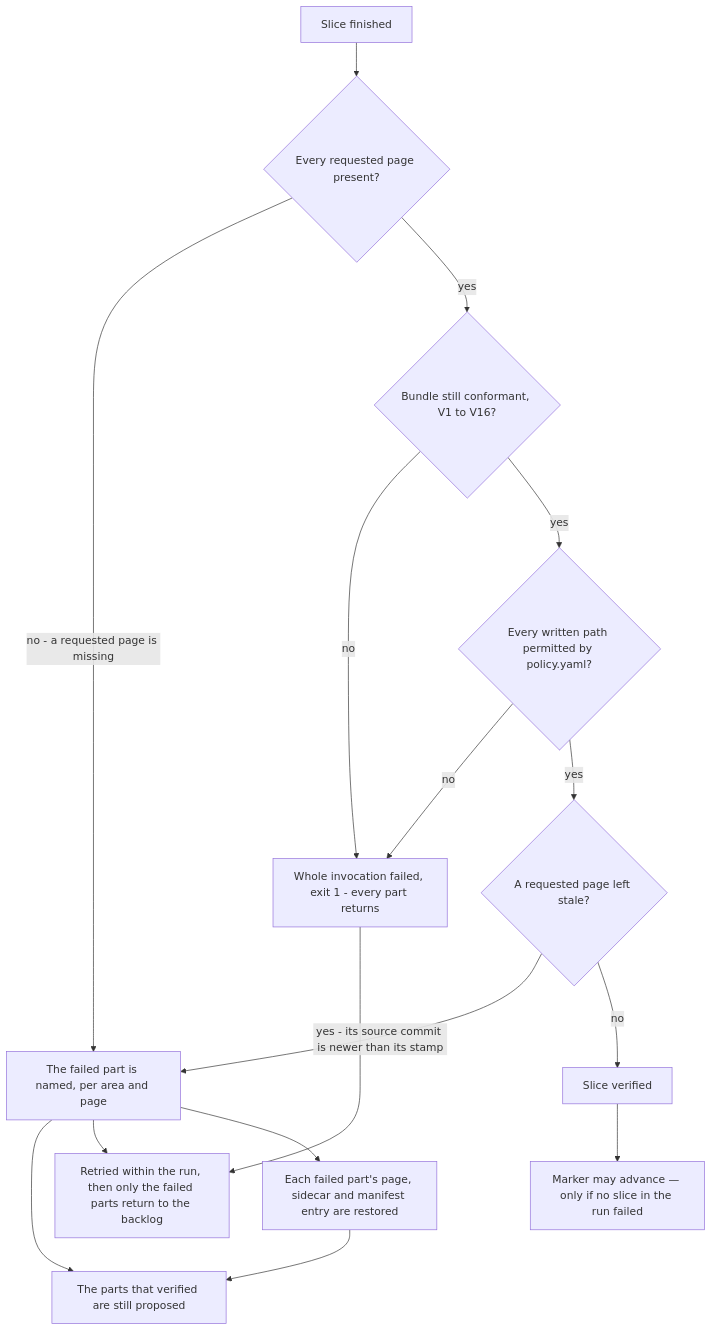
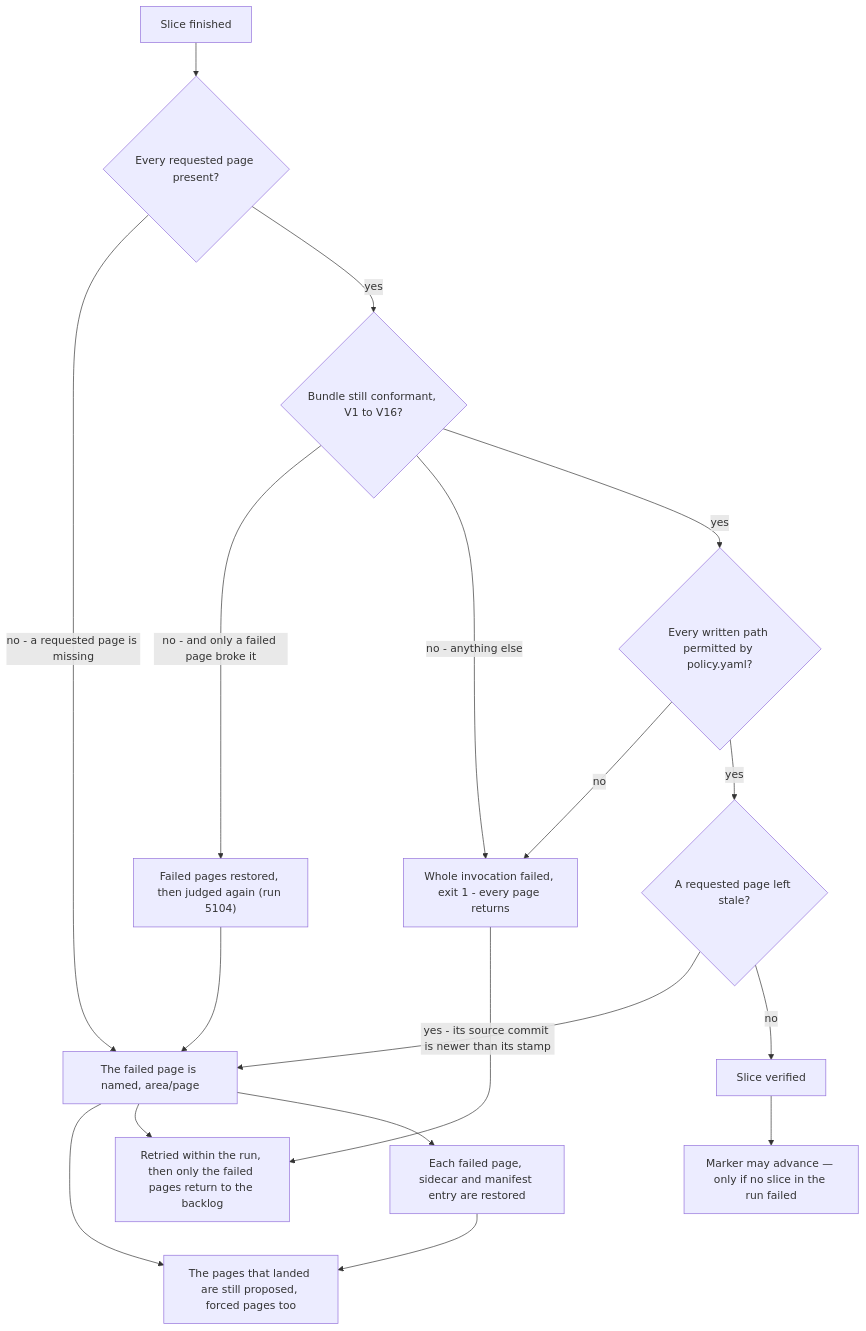
Before and after one commit to jumbleknot/MovieCollectionManager: the second of 3 diagrams in openwiki/runbooks/wiki-maintenance.md, drawn with Mermaid. The commit also changed other lines of this file and 8 other files, not shown here.

````diff
--- a/openwiki/runbooks/wiki-maintenance.md
+++ b/openwiki/runbooks/wiki-maintenance.md
@@ -227,18 +301,20 @@
 ```mermaid
 flowchart TD
     A["Slice finished"] --> B{"Every requested page present?"}
-    B -->|"no - a requested page is missing"| P["The failed part is named, per area and page"]
+    B -->|"no - a requested page is missing"| P["The failed page is named, area/page"]
     B -->|yes| C{"Bundle still conformant, V1 to V16?"}
-    C -->|no| F["Whole invocation failed, exit 1 - every part returns"]
+    C -->|"no - and only a failed page broke it"| N["Failed pages restored, then judged again (run 5104)"]
+    N --> P
+    C -->|"no - anything else"| F["Whole invocation failed, exit 1 - every page returns"]
     C -->|yes| D{"Every written path permitted by policy.yaml?"}
     D -->|no| F
     D -->|yes| E{"A requested page left stale?"}
     E -->|"yes - its source commit is newer than its stamp"| P
     E -->|no| G["Slice verified"]
-    P --> K["The parts that verified are still proposed"]
-    P --> H["Retried within the run, then only the failed parts return to the backlog"]
-    P --> R["Each failed part's page, sidecar and manifest entry are restored"]
+    P --> K["The pages that landed are still proposed, forced pages too"]
+    P --> H["Retried within the run, then only the failed pages return to the backlog"]
+    P --> R["Each failed page, sidecar and manifest entry are restored"]
     R --> K
     F --> H
     G --> I["Marker may advance — only if no slice in the run failed"]
 ```
````
